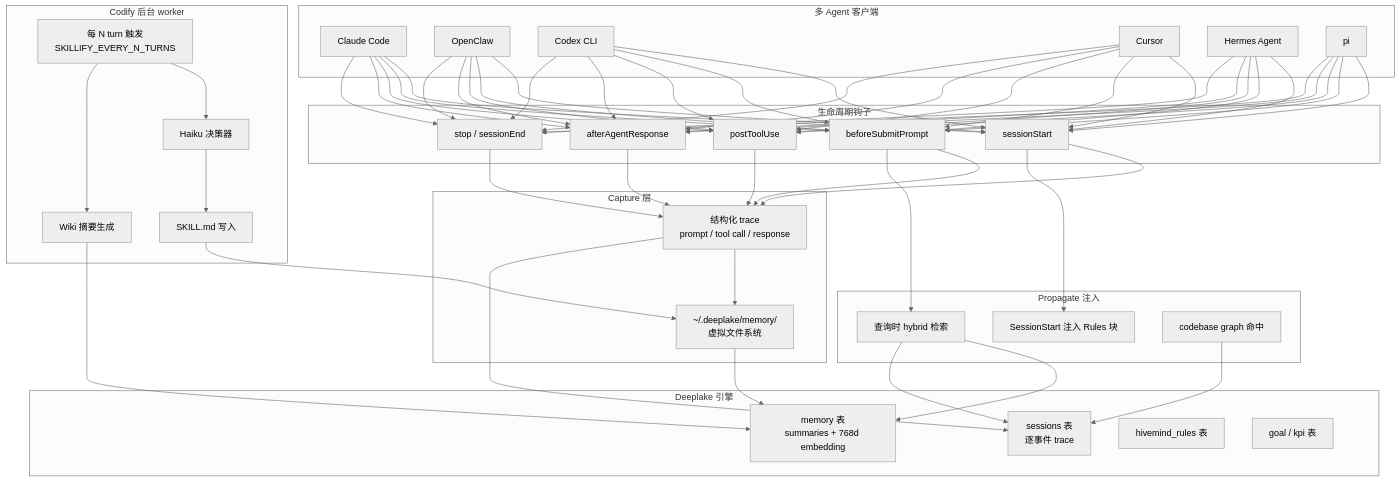
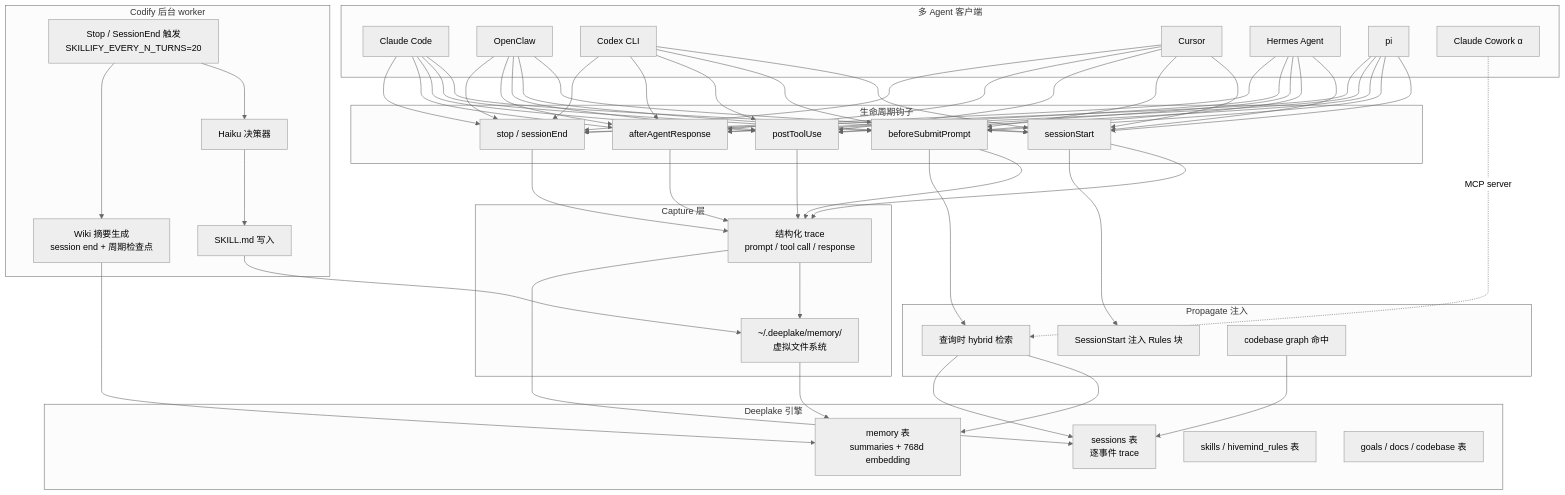
The diagram in content/posts/tech/hivemind-activeloop-shared-agent-brain-architecture-guide.md (A1pha3/text-matrix), drawn with Mermaid (neutral theme) before and after one commit. The commit also changed other lines of this file and 331 other files, not shown here.

````diff
--- a/content/posts/tech/hivemind-activeloop-shared-agent-brain-architecture-guide.md
+++ b/content/posts/tech/hivemind-activeloop-shared-agent-brain-architecture-guide.md
@@ -52,63 +55,60 @@
 ```mermaid
 flowchart TB
     subgraph Agents[多 Agent 客户端]
         A1[Claude Code]
         A2[OpenClaw]
         A3[Codex CLI]
         A4[Cursor]
         A5[Hermes Agent]
         A6[pi]
+        A7[Claude Cowork α]
     end
 
     subgraph Hooks[生命周期钩子]
         H1[sessionStart]
         H2[beforeSubmitPrompt]
         H3[postToolUse]
         H4[afterAgentResponse]
         H5[stop / sessionEnd]
     end
 
     subgraph CaptureLayer[Capture 层]
         C1[结构化 trace<br/>prompt / tool call / response]
         C2[~/.deeplake/memory/<br/>虚拟文件系统]
     end
 
     subgraph Engine[Deeplake 引擎]
         E1[memory 表<br/>summaries + 768d embedding]
         E2[sessions 表<br/>逐事件 trace]
-        E3[hivemind_rules 表]
-        E4[goal / kpi 表]
+        E3[skills / hivemind_rules 表]
+        E4[goals / docs / codebase 表]
     end
 
     subgraph CodifyLayer[Codify 后台 worker]
-        K1[每 N turn 触发<br/>SKILLIFY_EVERY_N_TURNS]
+        K1[Stop / SessionEnd 触发<br/>SKILLIFY_EVERY_N_TURNS=20]
         K2[Haiku 决策器]
         K3[SKILL.md 写入]
-        K4[Wiki 摘要生成]
+        K4[Wiki 摘要生成<br/>session end + 周期检查点]
     end
 
     subgraph Propagate[Propagate 注入]
         P1[SessionStart 注入 Rules 块]
         P2[查询时 hybrid 检索]
         P3[codebase graph 命中]
     end
 
-    A1 --> H1 & H2 & H3 & H4 & H5
-    A2 --> H1 & H2 & H3 & H4 & H5
-    A3 --> H1 & H2 & H3 & H4 & H5
-    A4 --> H1 & H2 & H3 & H4 & H5
-    A5 --> H1 & H2 & H3 & H4 & H5
-    A6 --> H1 & H2 & H3 & H4 & H5
+    A1 & A2 & A3 & A4 & A5 & A6 --> H1 & H2 & H3 & H4 & H5
+    A7 -. MCP server .-> P2
 
     H1 & H2 & H3 & H4 & H5 --> C1
     C1 --> C2
     C1 --> E2
     C2 --> E1
     K1 --> K2 --> K3
     K3 --> C2
     K1 --> K4 --> E1
     H1 --> P1
     H2 --> P2
     P2 --> E1 & E2
     P3 --> E2
 ```
````
